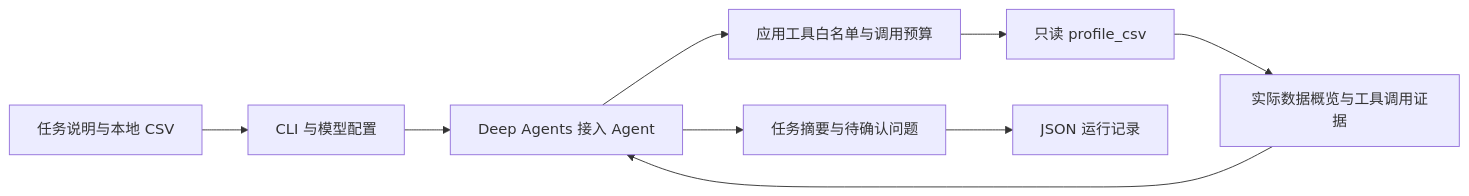
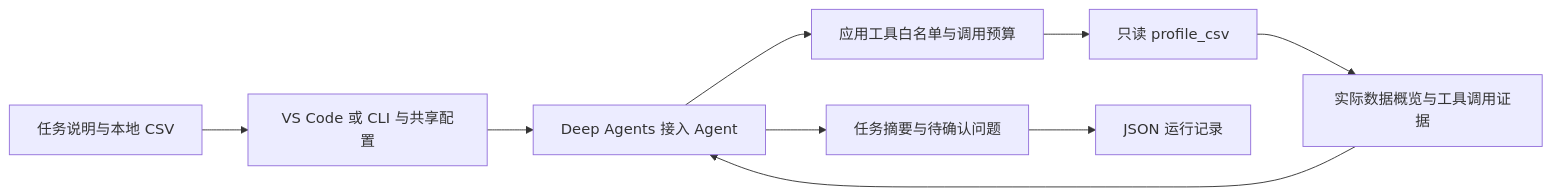
The diagram in docs/architecture.md (pypypaoying/LabWeaver), drawn with Mermaid before and after one commit. The commit also changed other lines of this file and 19 other files, not shown here.

````diff
--- a/docs/architecture.md
+++ b/docs/architecture.md
@@ -5,11 +5,11 @@
 ```mermaid
 flowchart LR
-    U[任务说明与本地 CSV] --> C[CLI 与模型配置]
+    U[任务说明与本地 CSV] --> C[VS Code 或 CLI 与共享配置]
     C --> A[Deep Agents 接入 Agent]
     A --> G[应用工具白名单与调用预算]
     G --> P[只读 profile_csv]
     P --> E[实际数据概览与工具调用证据]
     E --> A
     A --> Q[任务摘要与待确认问题]
     Q --> R[JSON 运行记录]
 ```
````
